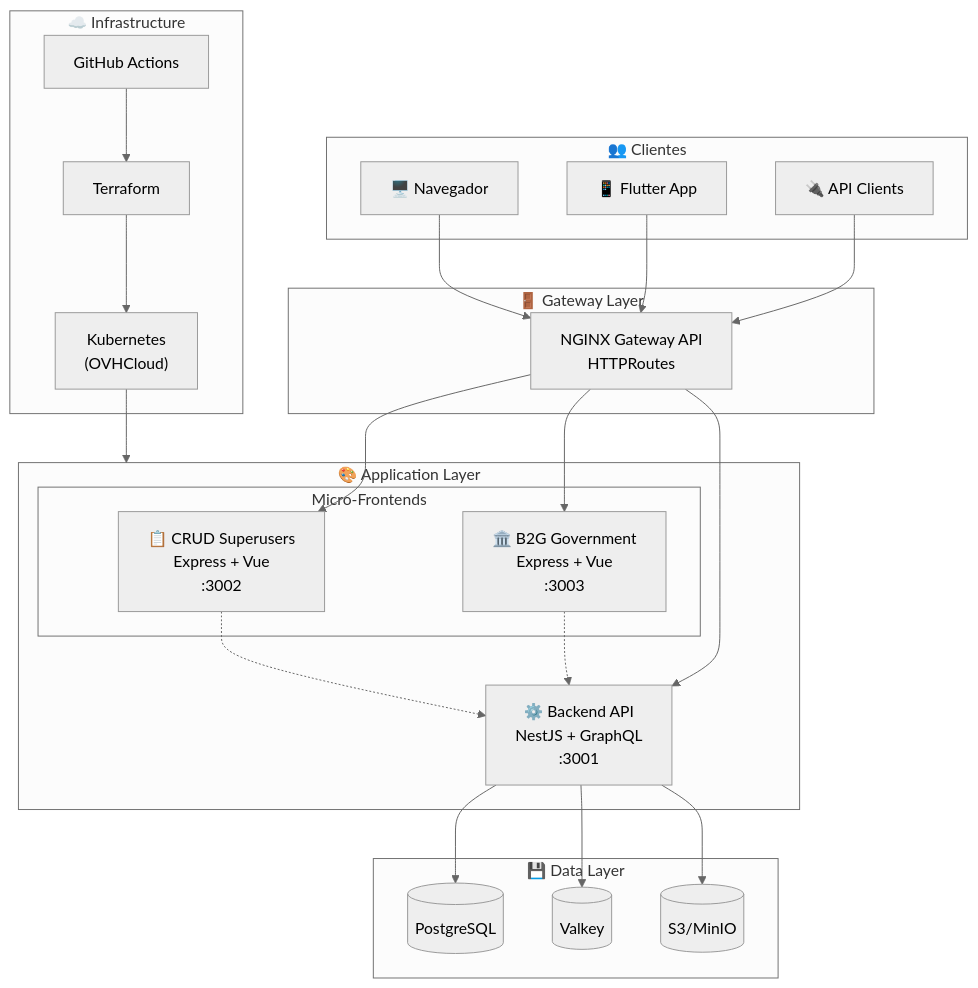
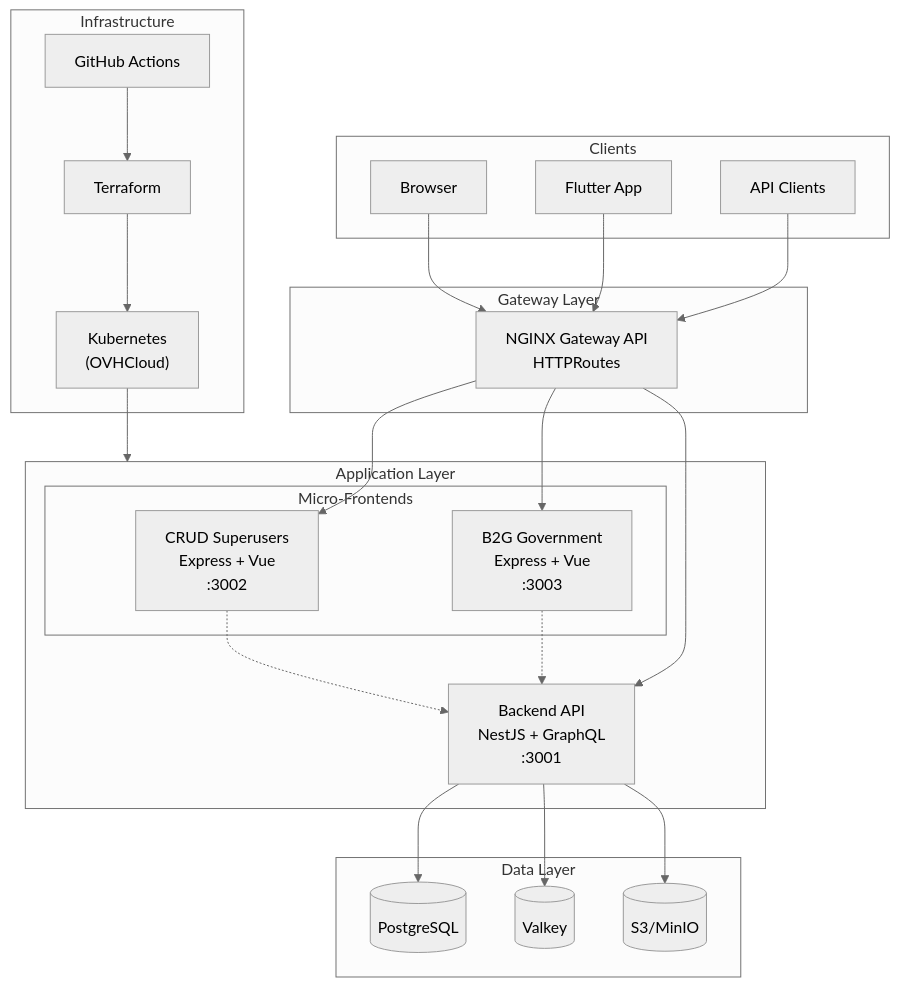
One commit to altrupets/monorepo changed the first of 5 diagrams in docs/content/docs/architecture/overview.md. Above: the diagram before and after it, drawn with Mermaid (neutral theme).

Commit message:
fix(docs): remover emojis de diagramas Mermaid en overview.md
Los emojis en nombres de nodos causan syntax errors

````diff
--- a/docs/content/docs/architecture/overview.md
+++ b/docs/content/docs/architecture/overview.md
@@ -5,47 +5,47 @@
 ```mermaid
 flowchart TB
-    subgraph Clients["👥 Clientes"]
-        Browser["🖥️ Navegador"]
-        Mobile["📱 Flutter App"]
-        API["🔌 API Clients"]
+    subgraph Clients["Clients"]
+        Browser["Browser"]
+        Mobile["Flutter App"]
+        API["API Clients"]
     end
 
-    subgraph Gateway["🚪 Gateway Layer"]
+    subgraph Gateway["Gateway Layer"]
         NGINX["NGINX Gateway API<br/>HTTPRoutes"]
     end
 
-    subgraph Apps["🎨 Application Layer"]
+    subgraph Apps["Application Layer"]
         subgraph WebApps["Micro-Frontends"]
-            Admin["📋 CRUD Superusers<br/>Express + Vue<br/>:3002"]
-            B2G["🏛️ B2G Government<br/>Express + Vue<br/>:3003"]
+            Admin["CRUD Superusers<br/>Express + Vue<br/>:3002"]
+            B2G["B2G Government<br/>Express + Vue<br/>:3003"]
         end
-        Backend["⚙️ Backend API<br/>NestJS + GraphQL<br/>:3001"]
+        Backend["Backend API<br/>NestJS + GraphQL<br/>:3001"]
     end
 
-    subgraph Data["💾 Data Layer"]
+    subgraph Data["Data Layer"]
         Postgres[("PostgreSQL")]
         Valkey[("Valkey")]
         Storage[("S3/MinIO")]
     end
 
-    subgraph Infra["☁️ Infrastructure"]
+    subgraph Infra["Infrastructure"]
         K8s["Kubernetes<br/>(OVHCloud)"]
         TF["Terraform"]
         GH["GitHub Actions"]
     end
 
     Browser --> NGINX
     Mobile --> NGINX
     API --> NGINX
     NGINX --> Admin
     NGINX --> B2G
     NGINX --> Backend
     Admin -.-> Backend
     B2G -.-> Backend
     Backend --> Postgres
     Backend --> Valkey
     Backend --> Storage
     K8s --> Apps
     TF --> K8s
     GH --> TF
 ```
````
